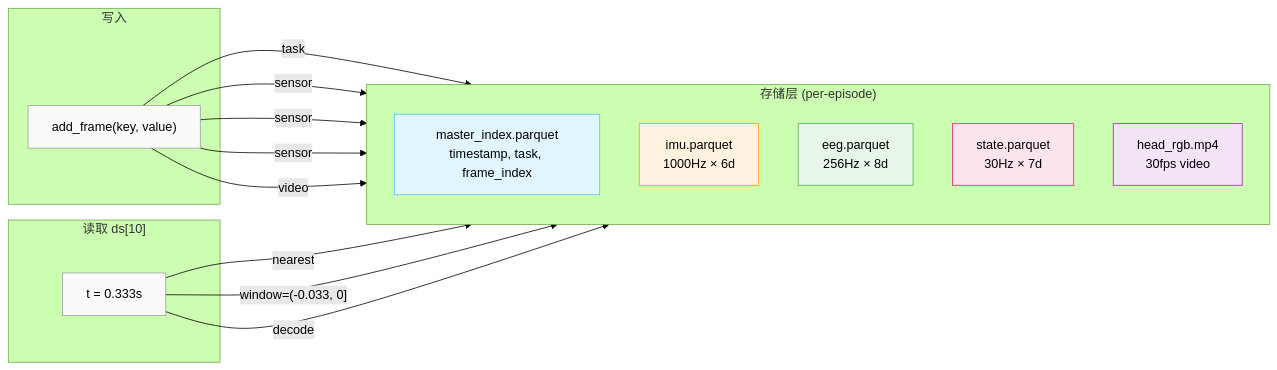
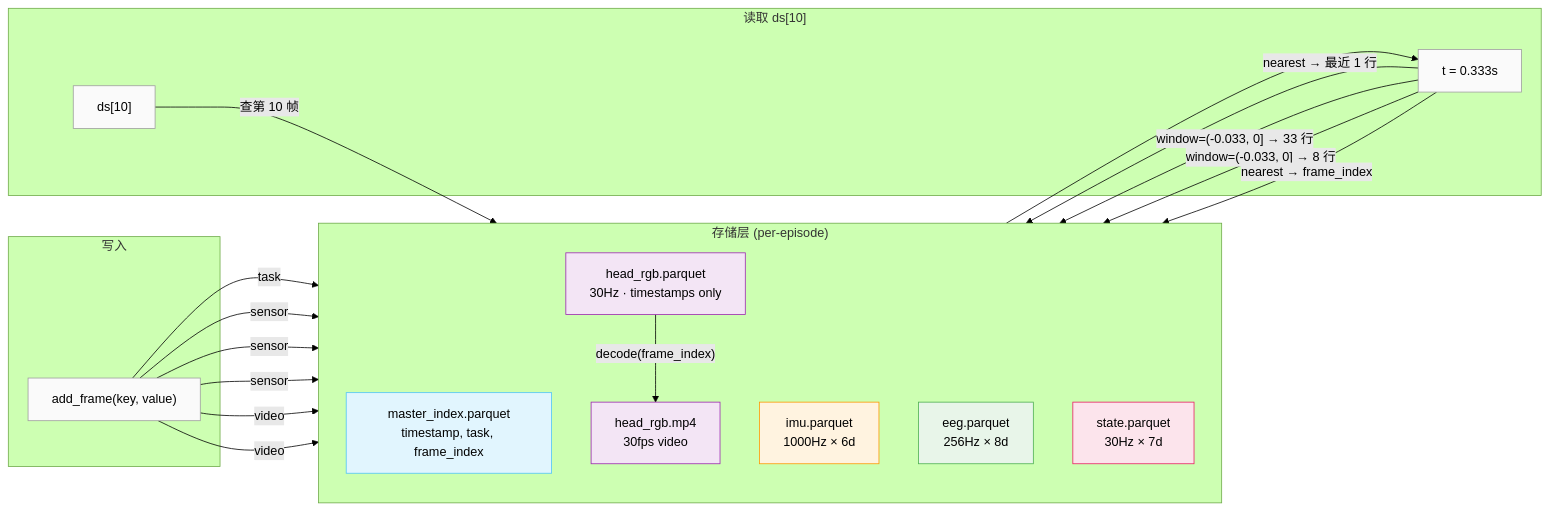
Before and after one commit to Koorye/Multi-Frequency-LeRobot: the first of 5 diagrams in README.md, drawn with Mermaid (forest theme). The commit also changed other lines of this file, not shown here.

````diff
--- a/README.md
+++ b/README.md
@@ -51,32 +51,38 @@
 ```mermaid
 flowchart LR
     subgraph Storage["存储层 (per-episode)"]
         direction TB
         MI["master_index.parquet<br/>timestamp, task, frame_index"]
         P1["imu.parquet<br/>1000Hz × 6d"]
         P2["eeg.parquet<br/>256Hz × 8d"]
         P3["state.parquet<br/>30Hz × 7d"]
+        C1["head_rgb.parquet<br/>30Hz · timestamps only"]
         V1["head_rgb.mp4<br/>30fps video"]
     end
 
     subgraph Write["写入"]
         AF["add_frame(key, value)"] -->|task| MI
         AF -->|sensor| P1 & P2 & P3
-        AF -->|video| V1
+        AF -->|video| C1 & V1
     end
 
     subgraph Read["读取 ds[10]"]
-        TS["t = 0.333s"]
-        TS -->|nearest| P3
-        TS -->|"window=(-0.033, 0]"| P1
-        TS -->|decode| V1
+        IDX["ds[10]"] -->|"查第 10 帧"| MI
+        MI --> TS["t = 0.333s"]
+        TS -->|"nearest → 最近 1 行"| P3
+        TS -->|"window=(-0.033, 0] → 33 行"| P1
+        TS -->|"window=(-0.033, 0] → 8 行"| P2
+        TS -->|"nearest → frame_index"| C1
+        C1 -->|"decode(frame_index)"| V1
     end
 
     style MI fill:#e1f5fe,stroke:#4fc3f7,color:#000
     style P1 fill:#fff3e0,stroke:#ff9800,color:#000
     style P2 fill:#e8f5e9,stroke:#4caf50,color:#000
     style P3 fill:#fce4ec,stroke:#e91e63,color:#000
+    style C1 fill:#f3e5f5,stroke:#9c27b0,color:#000
     style V1 fill:#f3e5f5,stroke:#9c27b0,color:#000
     style AF fill:#fafafa,stroke:#9e9e9e,color:#000
+    style IDX fill:#fafafa,stroke:#9e9e9e,color:#000
     style TS fill:#fafafa,stroke:#9e9e9e,color:#000
 ```
````
